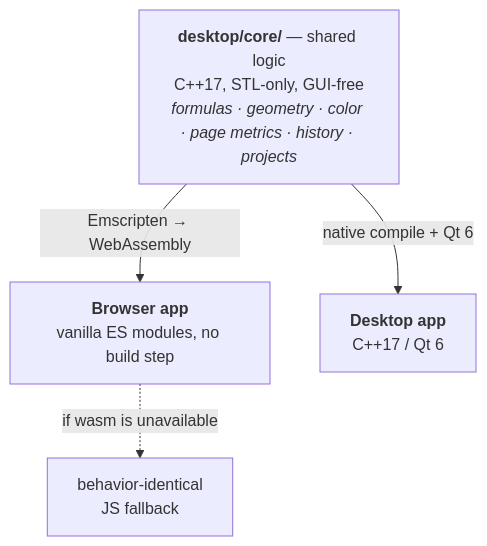
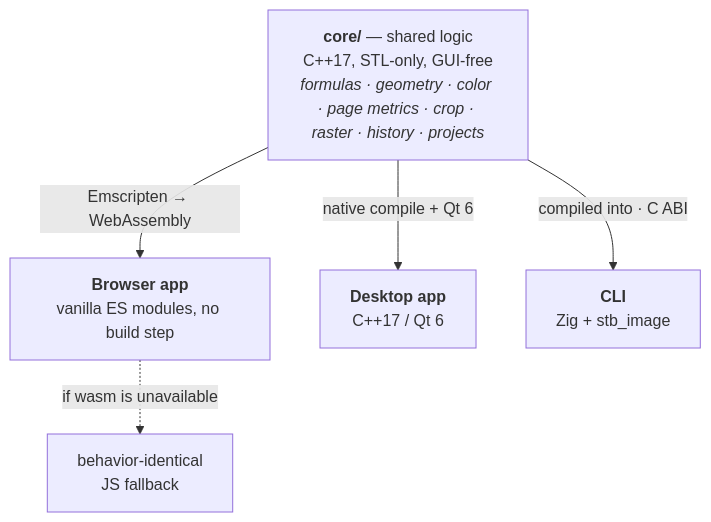
One commit to andrew1407/stencil changed the diagram in README.md. Above: the diagram before and after it, drawn with Mermaid. The commit also changed other lines of this file and 154 other files, not shown here.

Commit message:
Extract a shared core/ module and add a CLI app, reorganizing desktop sources under desktop/src/

````diff
--- a/README.md
+++ b/README.md
@@ -26,7 +28,8 @@
 ```mermaid
 graph TD
-    CORE["<b>desktop/core/</b> — shared logic<br/>C++17, STL-only, GUI-free<br/><i>formulas · geometry · color · page metrics · history · projects</i>"]
+    CORE["<b>core/</b> — shared logic<br/>C++17, STL-only, GUI-free<br/><i>formulas · geometry · color · page metrics · crop · raster · history · projects</i>"]
     CORE -->|"Emscripten → WebAssembly"| WEB["<b>Browser app</b><br/>vanilla ES modules, no build step"]
     CORE -->|"native compile + Qt 6"| DESK["<b>Desktop app</b><br/>C++17 / Qt 6"]
+    CORE -->|"compiled into · C ABI"| CLI["<b>CLI</b><br/>Zig + stb_image"]
     WEB -.->|"if wasm is unavailable"| FB["behavior-identical<br/>JS fallback"]
 ```
````
